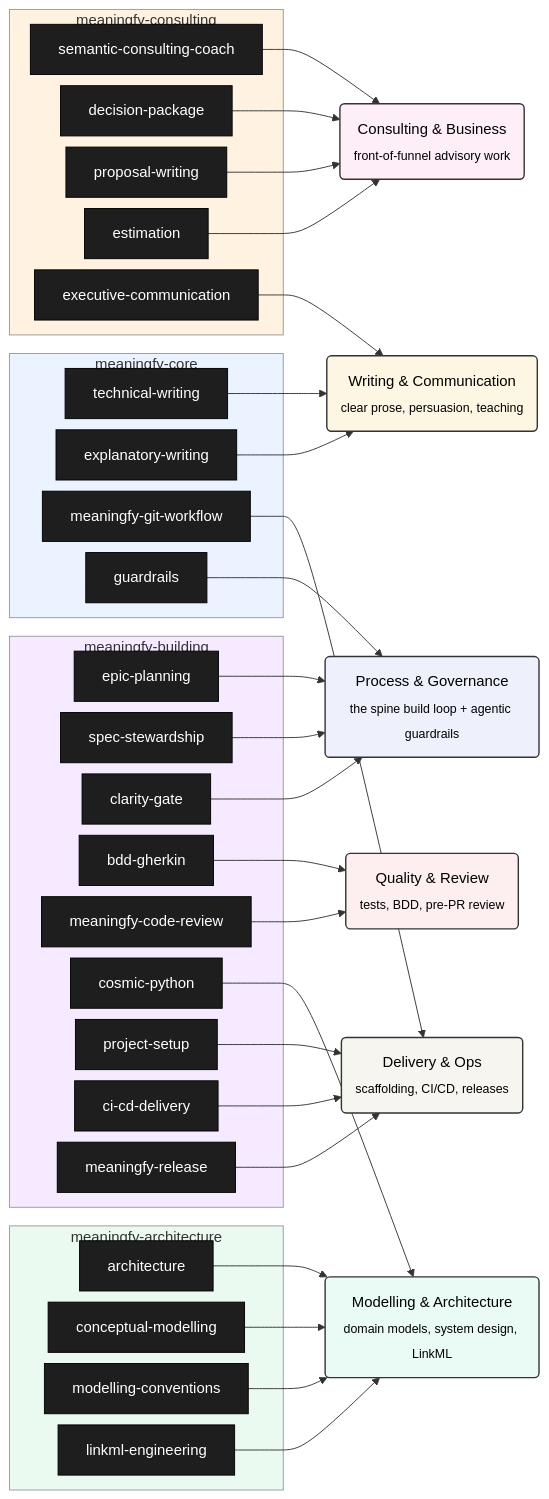
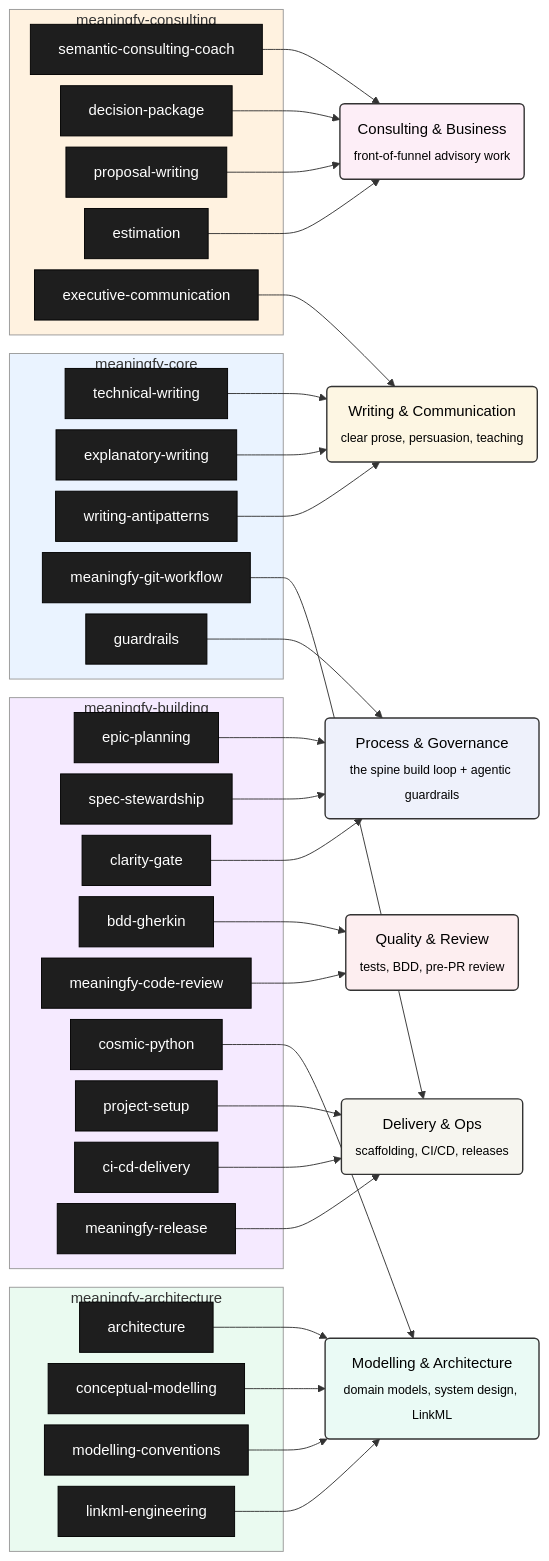
One commit to meaningfy-ws/agent-skills changed the first of 2 diagrams in docs/skill-inventory.md. Above: the diagram before and after it, drawn with Mermaid. The commit also changed other lines of this file and 1 other file, not shown here.

First line of the commit message:
chore(skill-inventory): register writing-antipatterns, regenerate

````diff
--- a/docs/skill-inventory.md
+++ b/docs/skill-inventory.md
@@ -17,6 +17,7 @@
   subgraph b_meaningfy_core["meaningfy-core"]
     s_technical_writing["technical-writing"]
     s_explanatory_writing["explanatory-writing"]
+    s_writing_antipatterns["writing-antipatterns"]
     s_meaningfy_git_workflow["meaningfy-git-workflow"]
     s_guardrails["guardrails"]
   end
@@ -74,6 +75,7 @@
   s_semantic_consulting_coach --> p_consulting_business
   s_spec_stewardship --> p_process_governance
   s_technical_writing --> p_writing_communication
+  s_writing_antipatterns --> p_writing_communication
 
   style b_meaningfy_core fill:#eaf3ff,stroke:#999,stroke-width:1px
   style b_meaningfy_consulting fill:#fff2e0,stroke:#999,stroke-width:1px
@@ -107,4 +109,5 @@
   style s_semantic_consulting_coach fill:#1e1e1e,color:#ffffff,stroke:#000
   style s_spec_stewardship fill:#1e1e1e,color:#ffffff,stroke:#000
   style s_technical_writing fill:#1e1e1e,color:#ffffff,stroke:#000
+  style s_writing_antipatterns fill:#1e1e1e,color:#ffffff,stroke:#000
 ```
````
